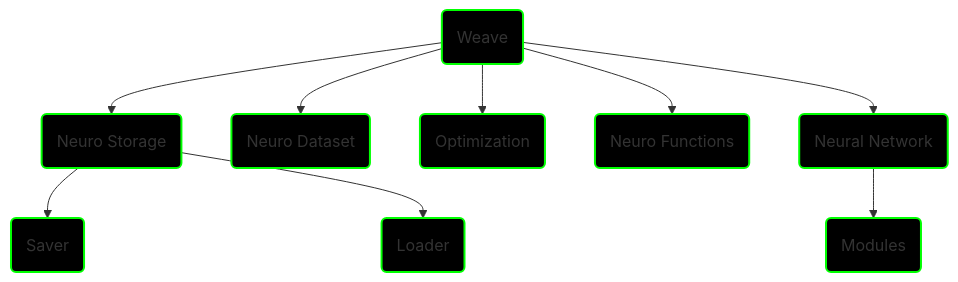
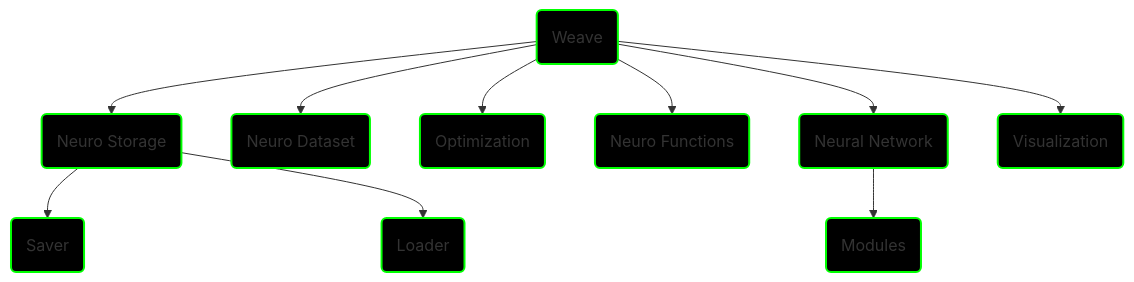
Before and after one commit to stas-gatin/NeuroWeave: the diagram in README.md, drawn with Mermaid.

Commit message:
Update README.md
Minor updates.

````diff
--- a/README.md
+++ b/README.md
@@ -52,16 +52,17 @@
 ```mermaid
 graph TD;
     weave(Weave)-->neuro_storage(Neuro Storage);
     weave-->neuro_dataset(Neuro Dataset);
     weave-->optim(Optimization);
     weave-->random(Neuro Functions);
     weave-->nn(Neural Network);
+    weave-->visualization(Visualization);
     nn-->modules(Modules);
     neuro_storage-->saver(Saver);
     neuro_storage-->loader(Loader);
 
     classDef done fill:#000,stroke:#00ff00,stroke-width:2px;
 
-    class neuro_storage,saver,loader,neuro_dataset,random,weave,nn,modules,network,optim done;
+    class neuro_storage,saver,loader,neuro_dataset,random,weave,nn,modules,network,optim,visualization done;
 
 ```
````
